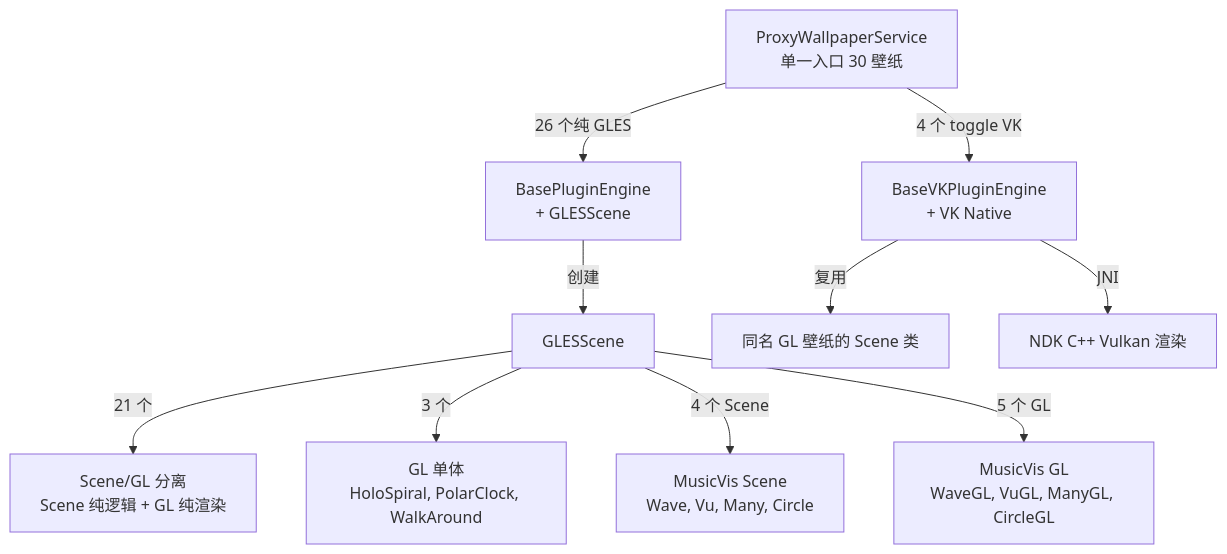
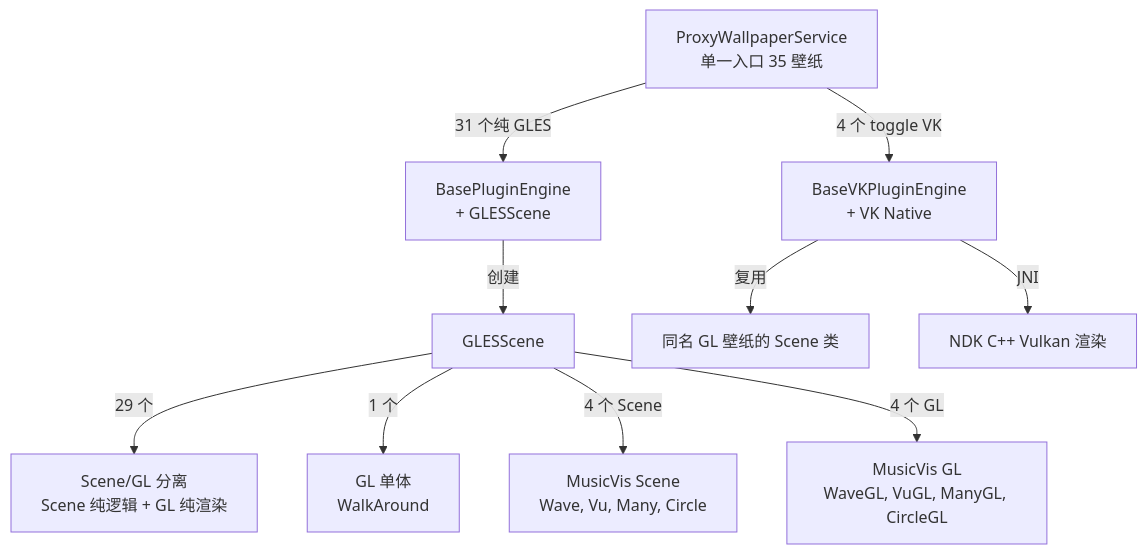
Before and after one commit to dynnbw/RE-Android-Live-Wallpapers: the first of 3 diagrams in README.md, drawn with Mermaid. The commit also changed other lines of this file and 1 other file, not shown here.

````diff
--- a/README.md
+++ b/README.md
@@ -300,16 +302,16 @@
 ```mermaid
 graph TD
-    WS[ProxyWallpaperService<br/>单一入口 30 壁纸]
+    WS[ProxyWallpaperService<br/>单一入口 35 壁纸]
 
-    WS -->|26 个纯 GLES| GLW[BasePluginEngine<br/>+ GLESScene]
+    WS -->|31 个纯 GLES| GLW[BasePluginEngine<br/>+ GLESScene]
     WS -->|4 个 toggle VK| VKW[BaseVKPluginEngine<br/>+ VK Native]
 
     GLW -->|创建| GLS[GLESScene]
-    GLS -->|21 个| SPLIT[Scene/GL 分离<br/>Scene 纯逻辑 + GL 纯渲染]
-    GLS -->|3 个| MONO[GL 单体<br/>HoloSpiral, PolarClock, WalkAround]
+    GLS -->|29 个| SPLIT[Scene/GL 分离<br/>Scene 纯逻辑 + GL 纯渲染]
+    GLS -->|1 个| MONO[GL 单体<br/>WalkAround]
     GLS -->|4 个 Scene| MV[MusicVis Scene<br/>Wave, Vu, Many, Circle]
-    GLS -->|5 个 GL| MVGL[MusicVis GL<br/>WaveGL, VuGL, ManyGL, CircleGL]
+    GLS -->|4 个 GL| MVGL[MusicVis GL<br/>WaveGL, VuGL, ManyGL, CircleGL]
 
     VKW -->|复用| REUSE[同名 GL 壁纸的 Scene 类]
     VKW -->|JNI| NATIVE[NDK C++ Vulkan 渲染]
 ```
````
